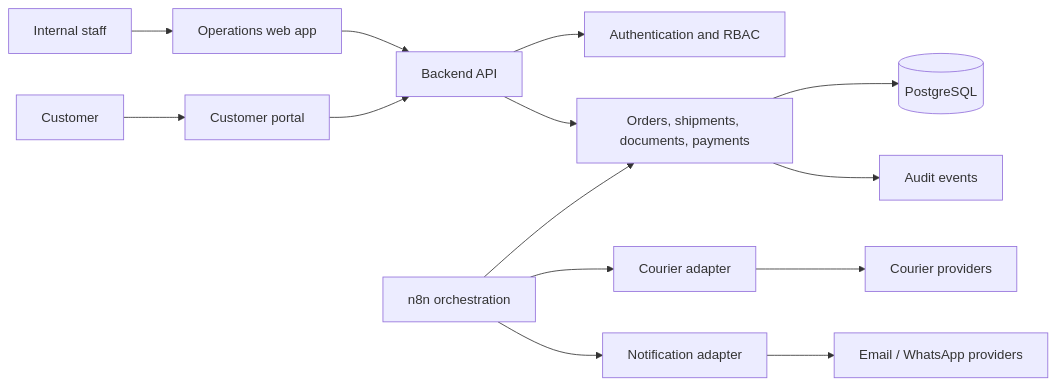
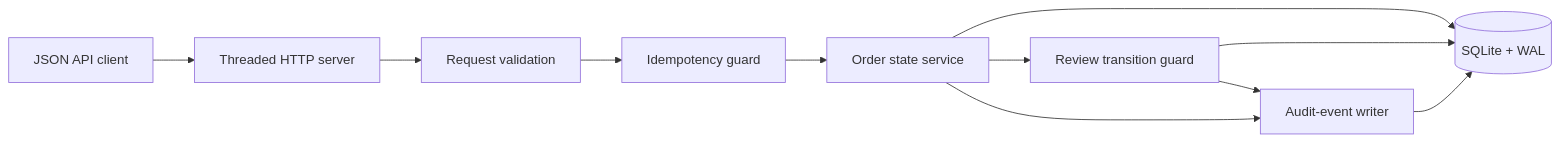
The first of 2 diagrams in docs/architecture.md (oyekola-ololade/SwiftRoute), drawn with Mermaid before and after one commit. The commit also changed other lines of this file and 23 other files, not shown here.

````diff
--- a/docs/architecture.md
+++ b/docs/architecture.md
@@ -9,16 +9,13 @@
 ```mermaid
 flowchart LR
-    STAFF["Internal staff"] --> WEB["Operations web app"]
-    CUSTOMER["Customer"] --> PORTAL["Customer portal"]
-    WEB --> API["Backend API"]
-    PORTAL --> API
-    API --> AUTH["Authentication and RBAC"]
-    API --> CORE["Orders, shipments, documents, payments"]
-    CORE --> PG[("PostgreSQL")]
-    CORE --> AUDIT["Audit events"]
-    ORCH["n8n orchestration"] --> CORE
-    ORCH --> COURIER["Courier adapter"]
-    ORCH --> NOTIFY["Notification adapter"]
-    COURIER --> EXT1["Courier providers"]
-    NOTIFY --> EXT2["Email / WhatsApp providers"]
+    CLIENT["JSON API client"] --> HTTP["Threaded HTTP server"]
+    HTTP --> VALIDATE["Request validation"]
+    VALIDATE --> IDEM["Idempotency guard"]
+    IDEM --> SERVICE["Order state service"]
+    SERVICE --> SQLITE[("SQLite + WAL")]
+    SERVICE --> REVIEW["Review transition guard"]
+    REVIEW --> SQLITE
+    SERVICE --> AUDIT["Audit-event writer"]
+    REVIEW --> AUDIT
+    AUDIT --> SQLITE
 ```
````
